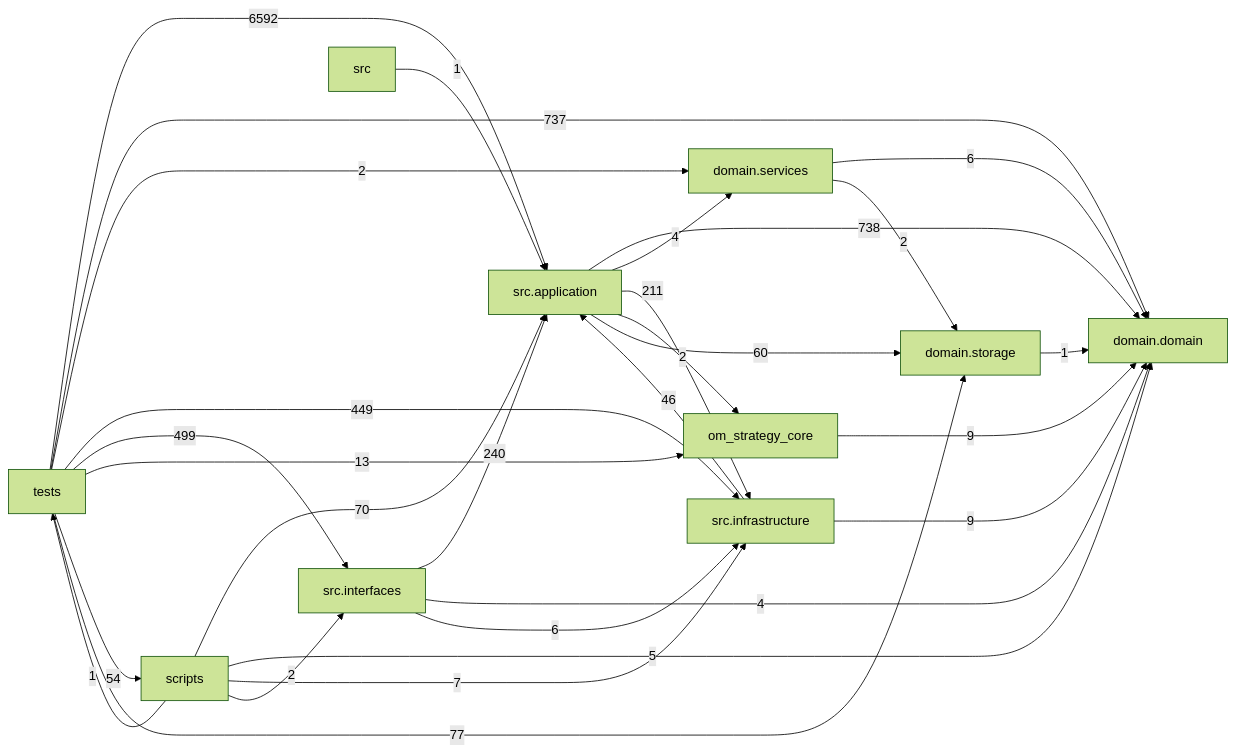
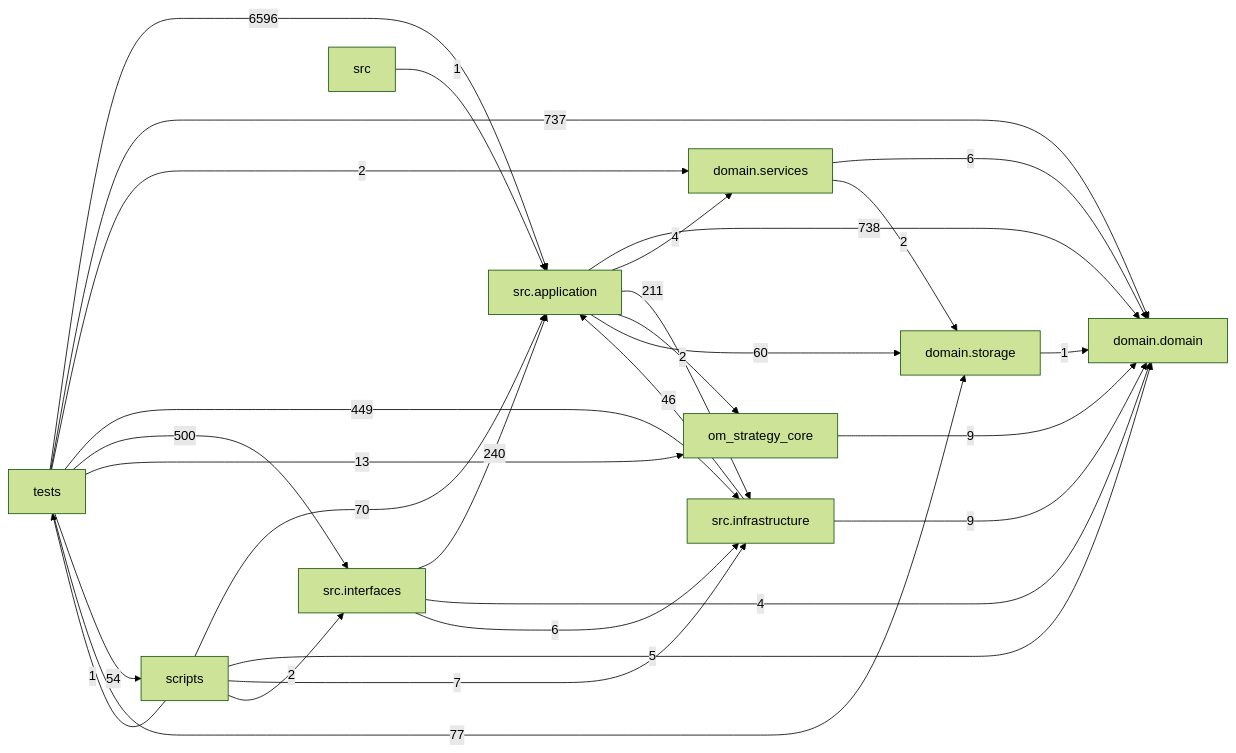
Before and after one commit to liuxie066/options-monitor: the diagram in docs/DEPENDENCY_GRAPH.md, drawn with Mermaid (forest theme). The commit also changed other lines of this file and 3 other files, not shown here.

````diff
--- a/docs/DEPENDENCY_GRAPH.md
+++ b/docs/DEPENDENCY_GRAPH.md
@@ -24,39 +24,39 @@
 ```mermaid
 flowchart LR
   tests["tests"]
   scripts["scripts"]
   interfaces["src.interfaces"]
   application["src.application"]
   infrastructure["src.infrastructure"]
   domain_services["domain.services"]
   domain["domain.domain"]
   storage["domain.storage"]
   application -->|738| domain
   application -->|4| domain_services
   application -->|211| infrastructure
   application -->|2| om_strategy_core
   application -->|60| storage
   domain_services -->|6| domain
   domain_services -->|2| storage
   infrastructure -->|46| application
   infrastructure -->|9| domain
   interfaces -->|240| application
   interfaces -->|4| domain
   interfaces -->|6| infrastructure
   om_strategy_core -->|9| domain
   scripts -->|70| application
   scripts -->|5| domain
   scripts -->|7| infrastructure
   scripts -->|2| interfaces
   scripts -->|1| tests
   src -->|1| application
   storage -->|1| domain
-  tests -->|6592| application
+  tests -->|6596| application
   tests -->|737| domain
   tests -->|2| domain_services
   tests -->|449| infrastructure
-  tests -->|499| interfaces
+  tests -->|500| interfaces
   tests -->|13| om_strategy_core
   tests -->|54| scripts
   tests -->|77| storage
 ```
````
